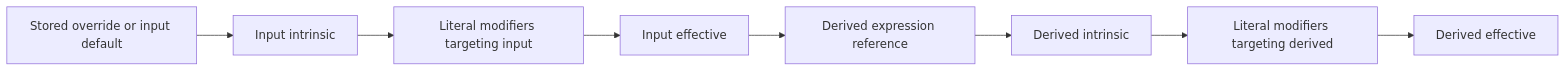
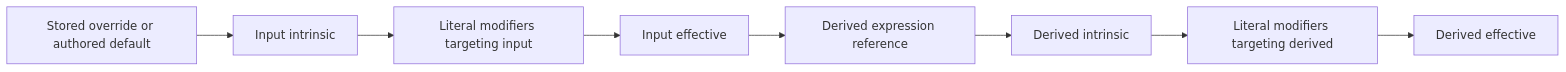
One commit to JTan2231/gezerah changed the second of 2 diagrams in docs/domain-model.md. Above: the diagram before and after it, drawn with Mermaid. The commit also changed other lines of this file and 141 other files, not shown here.

````diff
--- a/docs/domain-model.md
+++ b/docs/domain-model.md
@@ -218,10 +219,10 @@
 ```mermaid
 flowchart LR
-    Base["Stored override or input default"] --> InputIntrinsic["Input intrinsic"]
+    LogicalInput["Stored override or authored default"] --> InputIntrinsic["Input intrinsic"]
     InputIntrinsic --> InputModifiers["Literal modifiers targeting input"]
     InputModifiers --> InputEffective["Input effective"]
     InputEffective --> DerivedExpression["Derived expression reference"]
     DerivedExpression --> DerivedIntrinsic["Derived intrinsic"]
     DerivedIntrinsic --> DerivedModifiers["Literal modifiers targeting derived"]
     DerivedModifiers --> DerivedEffective["Derived effective"]
 ```
````
